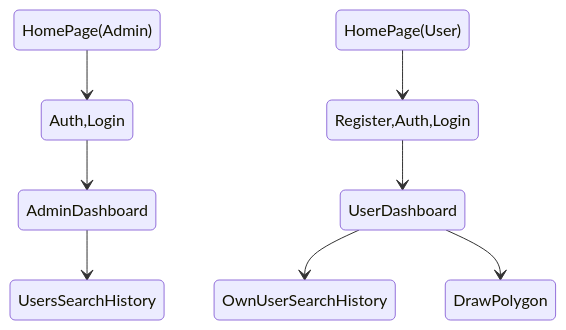
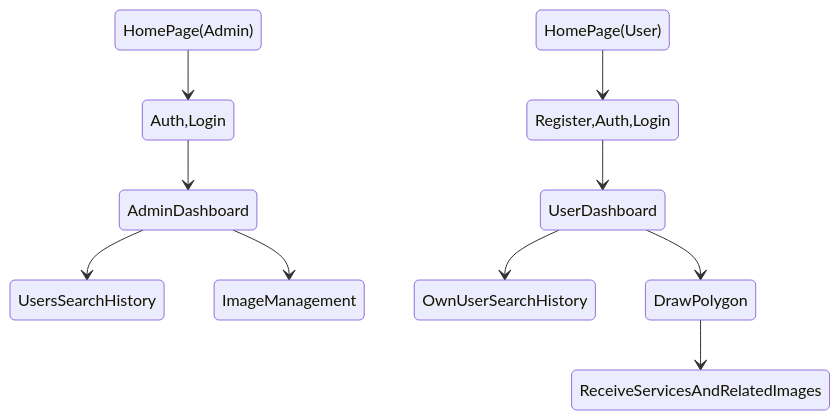
One commit to spaceomid/Documentation changed the second of 2 diagrams in docs/Image Processing Platform/Description.md. Above: the diagram before and after it, drawn with Mermaid. The commit also changed other lines of this file, not shown here.

````diff
--- a/docs/Image Processing Platform/Description.md
+++ b/docs/Image Processing Platform/Description.md
@@ -26,14 +28,15 @@
 ```mermaid
     stateDiagram-v2
 
     HomePage(Admin) --> Auth,Login
     Auth,Login --> AdminDashboard
     AdminDashboard --> UsersSearchHistory
+    AdminDashboard --> ImageManagement
 
     HomePage(User) --> Register,Auth,Login
     Register,Auth,Login --> UserDashboard
     UserDashboard --> OwnUserSearchHistory
     UserDashboard --> DrawPolygon
-
+    DrawPolygon --> ReceiveServicesAndRelatedImages
 
 ```
````
